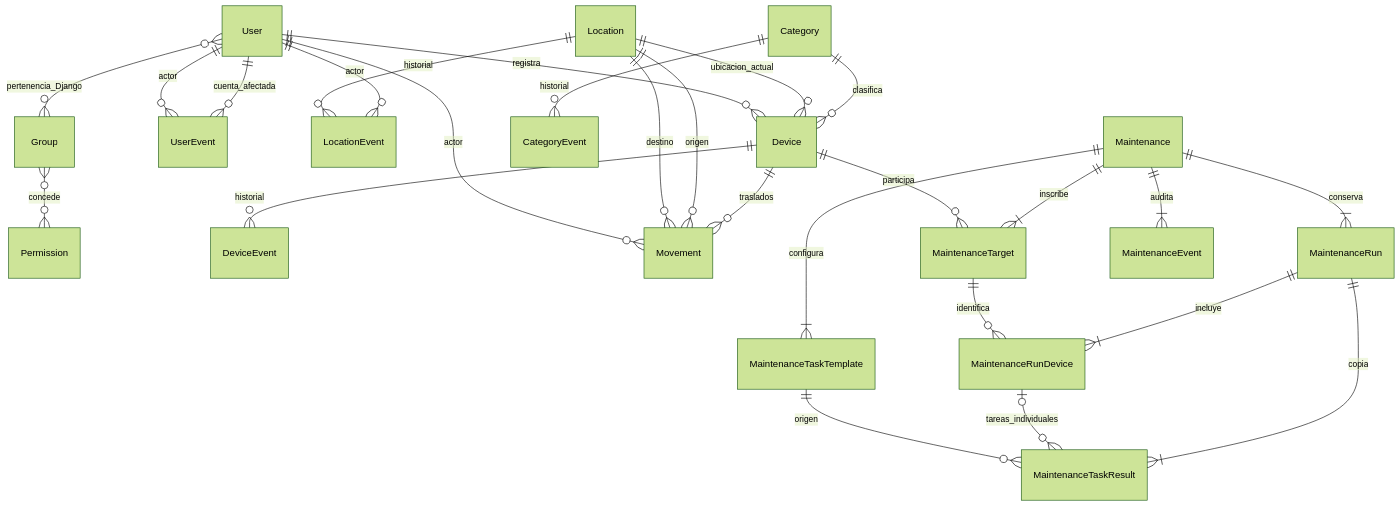
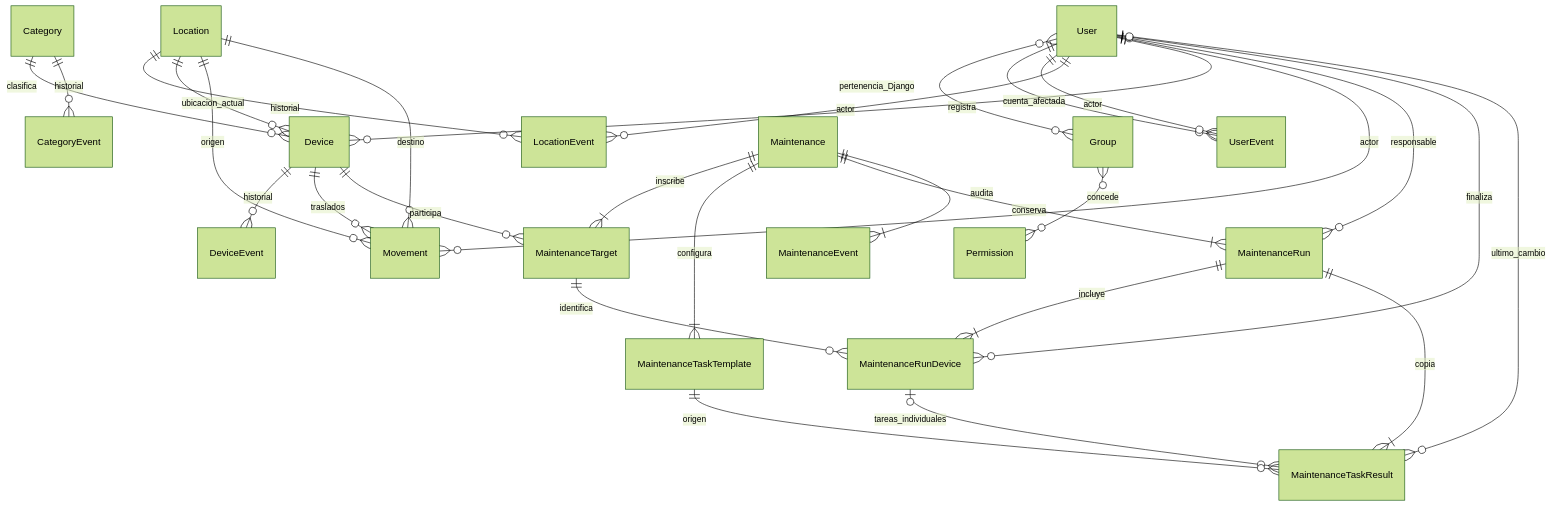
The diagram in docs/MODELO_DATOS.md (JPjocar/bitacora), drawn with Mermaid (forest theme) before and after one commit. The commit also changed other lines of this file and 32 other files, not shown here.

````diff
--- a/docs/MODELO_DATOS.md
+++ b/docs/MODELO_DATOS.md
@@ -3,28 +3,31 @@
 ```mermaid
 erDiagram
     User }o--o{ Group : pertenencia_Django
     Group }o--o{ Permission : concede
     User ||--o{ UserEvent : cuenta_afectada
     User ||--o{ UserEvent : actor
     User ||--o{ LocationEvent : actor
     Location ||--o{ LocationEvent : historial
     Category ||--o{ Device : clasifica
     Category ||--o{ CategoryEvent : historial
     Location ||--o{ Device : ubicacion_actual
     User ||--o{ Device : registra
     Device ||--o{ DeviceEvent : historial
     Device ||--o{ Movement : traslados
     Location ||--o{ Movement : origen
     Location ||--o{ Movement : destino
     User ||--o{ Movement : actor
     Maintenance ||--|{ MaintenanceTarget : inscribe
     Device ||--o{ MaintenanceTarget : participa
     Maintenance ||--|{ MaintenanceTaskTemplate : configura
     Maintenance ||--|{ MaintenanceRun : conserva
     MaintenanceRun ||--|{ MaintenanceRunDevice : incluye
     MaintenanceTarget ||--o{ MaintenanceRunDevice : identifica
     MaintenanceRun ||--|{ MaintenanceTaskResult : copia
     MaintenanceRunDevice |o--o{ MaintenanceTaskResult : tareas_individuales
     MaintenanceTaskTemplate ||--o{ MaintenanceTaskResult : origen
     Maintenance ||--|{ MaintenanceEvent : audita
+    User |o--o{ MaintenanceRun : responsable
+    User |o--o{ MaintenanceRunDevice : finaliza
+    User |o--o{ MaintenanceTaskResult : ultimo_cambio
 ```
````
